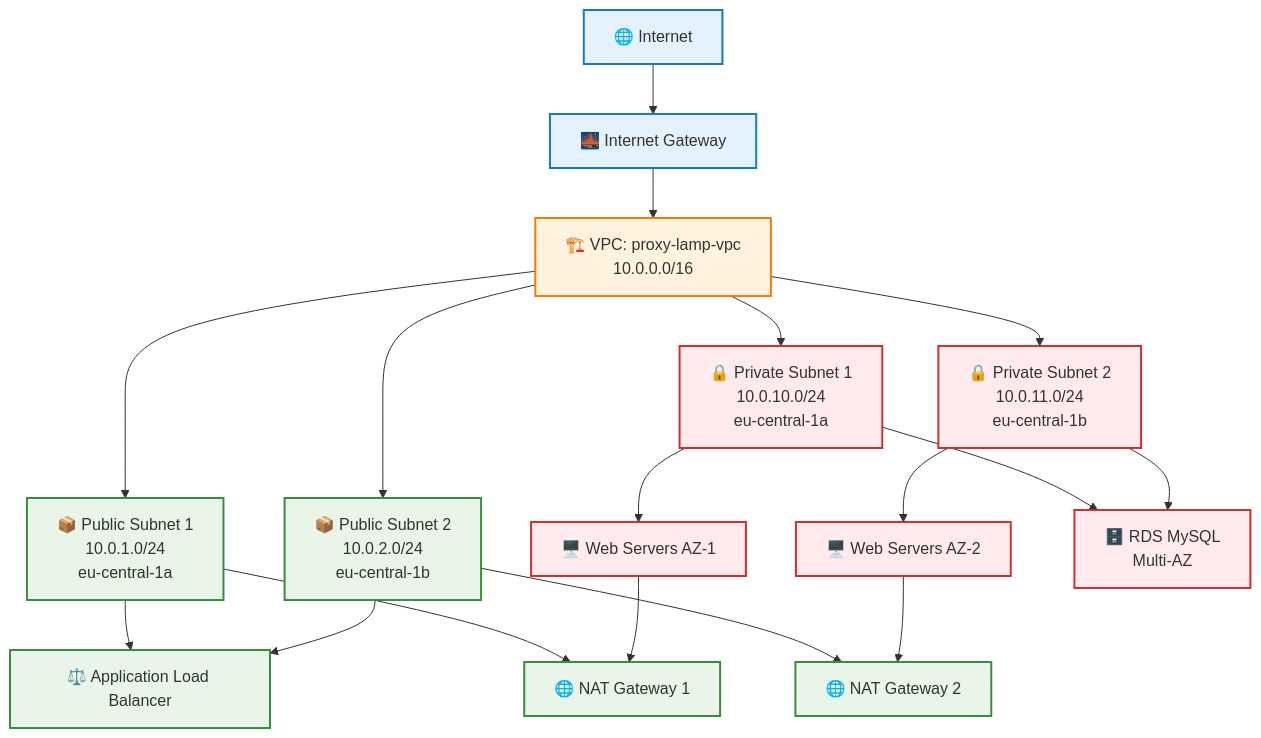
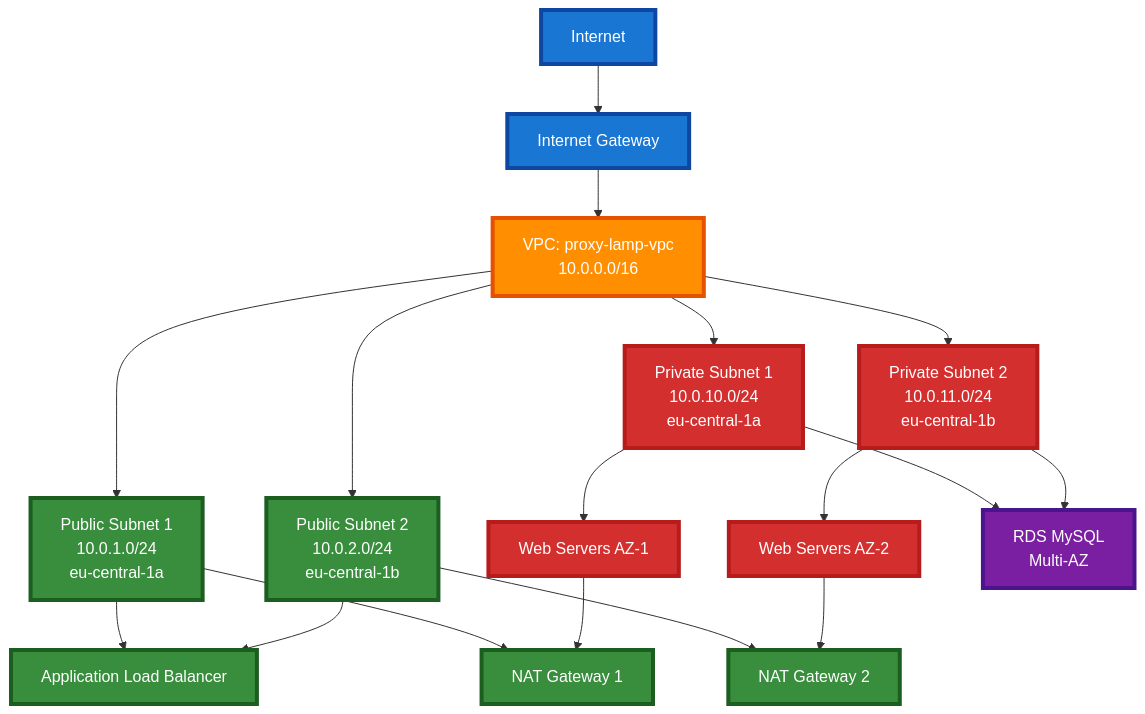
Before and after one commit to mangucletus/proxy-lamp-stack-application: the second of 7 diagrams in README.md, drawn with Mermaid. The commit also changed other lines of this file and 1 other file, not shown here.

````diff
--- a/README.md
+++ b/README.md
@@ -134,37 +144,39 @@
 ```mermaid
 graph TB
-    Internet[🌐 Internet] --> IGW[🌉 Internet Gateway]
+    Internet[Internet] --> IGW[Internet Gateway]
     
-    IGW --> VPC[🏗️ VPC: proxy-lamp-vpc<br/>10.0.0.0/16]
+    IGW --> VPC[VPC: proxy-lamp-vpc<br/>10.0.0.0/16]
     
-    VPC --> PubSub1[📦 Public Subnet 1<br/>10.0.1.0/24<br/>eu-central-1a]
-    VPC --> PubSub2[📦 Public Subnet 2<br/>10.0.2.0/24<br/>eu-central-1b]
+    VPC --> PubSub1[Public Subnet 1<br/>10.0.1.0/24<br/>eu-central-1a]
+    VPC --> PubSub2[Public Subnet 2<br/>10.0.2.0/24<br/>eu-central-1b]
     
-    VPC --> PrivSub1[🔒 Private Subnet 1<br/>10.0.10.0/24<br/>eu-central-1a]
-    VPC --> PrivSub2[🔒 Private Subnet 2<br/>10.0.11.0/24<br/>eu-central-1b]
+    VPC --> PrivSub1[Private Subnet 1<br/>10.0.10.0/24<br/>eu-central-1a]
+    VPC --> PrivSub2[Private Subnet 2<br/>10.0.11.0/24<br/>eu-central-1b]
     
-    PubSub1 --> ALB[⚖️ Application Load Balancer]
+    PubSub1 --> ALB[Application Load Balancer]
     PubSub2 --> ALB
     
-    PubSub1 --> NAT1[🌐 NAT Gateway 1]
-    PubSub2 --> NAT2[🌐 NAT Gateway 2]
+    PubSub1 --> NAT1[NAT Gateway 1]
+    PubSub2 --> NAT2[NAT Gateway 2]
     
-    PrivSub1 --> EC2_1[🖥️ Web Servers AZ-1]
-    PrivSub2 --> EC2_2[🖥️ Web Servers AZ-2]
+    PrivSub1 --> EC2_1[Web Servers AZ-1]
+    PrivSub2 --> EC2_2[Web Servers AZ-2]
     
-    PrivSub1 --> RDS[🗄️ RDS MySQL<br/>Multi-AZ]
+    PrivSub1 --> RDS[RDS MySQL<br/>Multi-AZ]
     PrivSub2 --> RDS
     
     EC2_1 --> NAT1
     EC2_2 --> NAT2
     
-    classDef internetClass fill:#e3f2fd,stroke:#1976d2,stroke-width:2px
-    classDef vpcClass fill:#fff3e0,stroke:#f57c00,stroke-width:2px
-    classDef publicClass fill:#e8f5e8,stroke:#388e3c,stroke-width:2px
-    classDef privateClass fill:#ffebee,stroke:#d32f2f,stroke-width:2px
+    classDef internetClass fill:#1976d2,stroke:#0d47a1,stroke-width:4px,color:#fff
+    classDef vpcClass fill:#ff8f00,stroke:#e65100,stroke-width:4px,color:#fff
+    classDef publicClass fill:#388e3c,stroke:#1b5e20,stroke-width:4px,color:#fff
+    classDef privateClass fill:#d32f2f,stroke:#b71c1c,stroke-width:4px,color:#fff
+    classDef dbClass fill:#7b1fa2,stroke:#4a148c,stroke-width:4px,color:#fff
     
     class Internet,IGW internetClass
     class VPC vpcClass
     class PubSub1,PubSub2,ALB,NAT1,NAT2 publicClass
-    class PrivSub1,PrivSub2,EC2_1,EC2_2,RDS privateClass
+    class PrivSub1,PrivSub2,EC2_1,EC2_2 privateClass
+    class RDS dbClass
 ```
````
